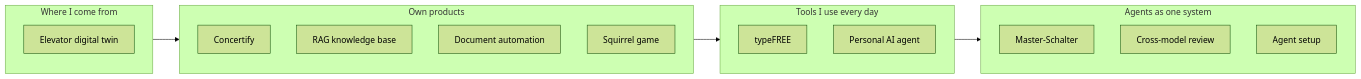
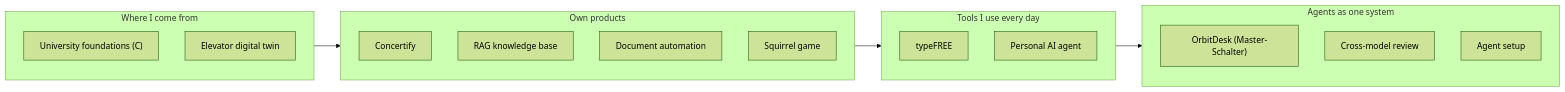
Before and after one commit to HeartledAgentEngineer/agentic-ai-software-engineering: the second of 2 diagrams in README.md, drawn with Mermaid (forest theme). The commit also changed other lines of this file and 25 other files, not shown here.

Commit message:
Polish portfolio v2: OrbitDesk Leitwarte, multi-harness diagrams, and audit fixes

````diff
--- a/README.md
+++ b/README.md
@@ -45,22 +81,23 @@
 ```mermaid
 graph LR
     subgraph OT["Where I come from"]
+        U["University foundations (C)"]
         E["Elevator digital twin"]
     end
     subgraph Products["Own products"]
         C["Concertify"]
         R["RAG knowledge base"]
         D["Document automation"]
         S["Squirrel game"]
     end
     subgraph Daily["Tools I use every day"]
         T["typeFREE"]
         P["Personal AI agent"]
     end
     subgraph System["Agents as one system"]
-        M["Master-Schalter"]
+        M["OrbitDesk (Master-Schalter)"]
         X["Cross-model review"]
         A["Agent setup"]
     end
     OT --> Products --> Daily --> System
 ```
````
